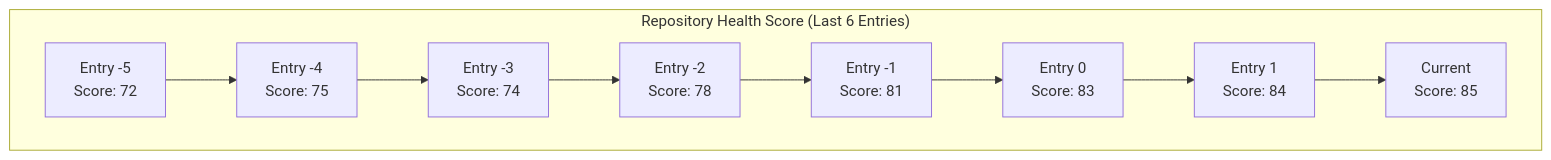
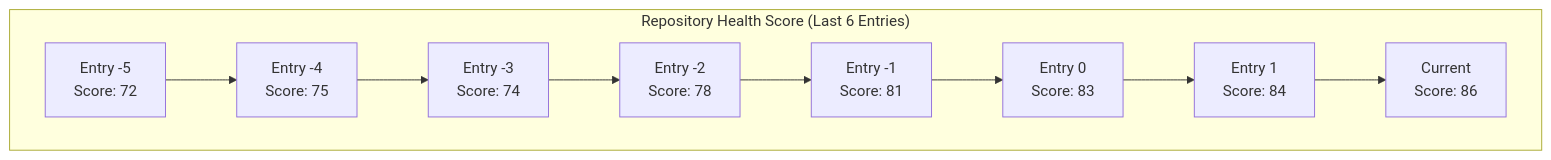
One commit to lnittman/webs-xyz changed the first of 4 diagrams in docs/state/metrics-dashboard.md. Above: the diagram before and after it, drawn with Mermaid. The commit also changed other lines of this file and 19 other files, not shown here.

````diff
--- a/docs/state/metrics-dashboard.md
+++ b/docs/state/metrics-dashboard.md
@@ -5,21 +5,21 @@
 ```mermaid
 graph TD
   subgraph "Repository Health Score (Last 6 Entries)"
     E1[Entry -5\nScore: 72]
     E2[Entry -4\nScore: 75]
     E3[Entry -3\nScore: 74]
     E4[Entry -2\nScore: 78]
     E5[Entry -1\nScore: 81]
     E6[Entry 0\nScore: 83]
     E7[Entry 1\nScore: 84]
-    E8[Current\nScore: 85]
+    E8[Current\nScore: 86]
 
     E1 --> E2
     E2 --> E3
     E3 --> E4
     E4 --> E5
     E5 --> E6
     E6 --> E7
     E7 --> E8
   end
 ```
````
